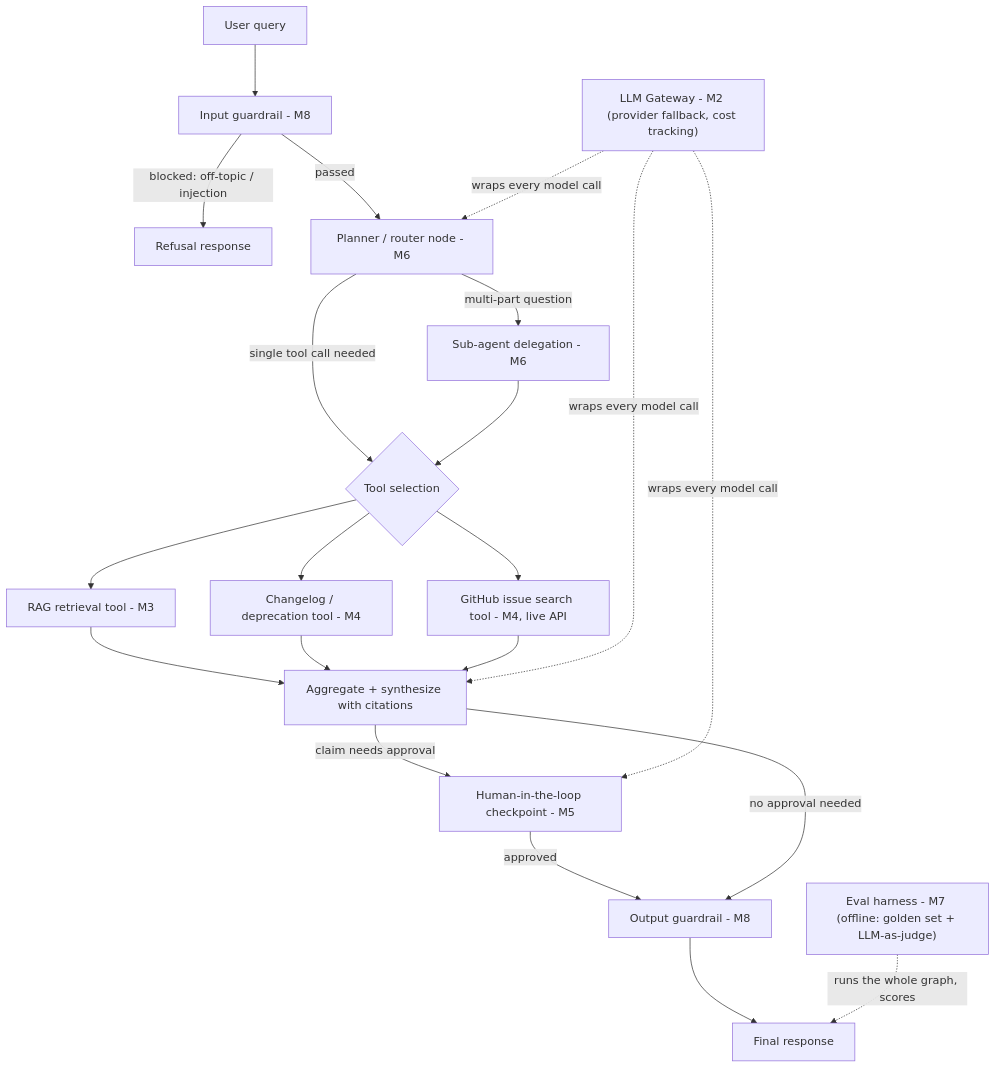
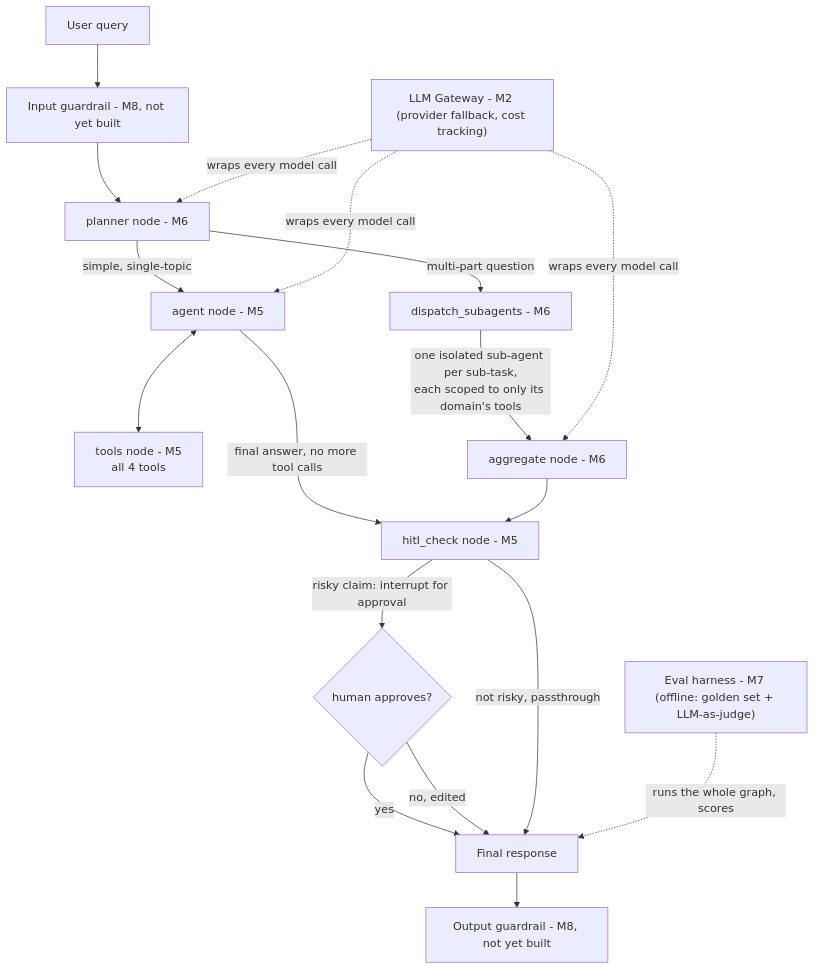
Before and after one commit to Bhogeshwarj/fastapi-support-agent-: the diagram in ARCHITECTURE.md, drawn with Mermaid. The commit also changed other lines of this file, not shown here.

Commit message:
Update architecture diagram to match real M5/M6 shape, document gateway coverage gap for sub-agents

````diff
--- a/ARCHITECTURE.md
+++ b/ARCHITECTURE.md
@@ -5,31 +7,29 @@
 ```mermaid
 flowchart TD
-    U[User query] --> IG[Input guardrail - M8]
-    IG -->|blocked: off-topic / injection| REJ[Refusal response]
-    IG -->|passed| P[Planner / router node - M6]
+    U[User query] --> IG[Input guardrail - M8, not yet built]
+    IG --> PL[planner node - M6]
 
-    P -->|single tool call needed| T{Tool selection}
-    P -->|multi-part question| SA[Sub-agent delegation - M6]
-    SA --> T
+    PL -->|simple, single-topic| AG[agent node - M5]
+    PL -->|multi-part question| DS[dispatch_subagents - M6]
 
-    T --> RAG[RAG retrieval tool - M3]
-    T --> CL[Changelog / deprecation tool - M4]
-    T --> IS[GitHub issue search tool - M4, live API]
+    AG <--> TN[tools node - M5\nall 4 tools]
+    AG -->|final answer, no more tool calls| HITL
 
-    RAG --> AGG[Aggregate + synthesize with citations]
-    CL --> AGG
-    IS --> AGG
+    DS -->|one isolated sub-agent per sub-task,\neach scoped to only its domain's tools| AGGR[aggregate node - M6]
+    AGGR --> HITL[hitl_check node - M5]
 
-    AGG -->|claim needs approval| HITL[Human-in-the-loop checkpoint - M5]
-    HITL -->|approved| OG
-    AGG -->|no approval needed| OG[Output guardrail - M8]
-    OG --> RESP[Final response]
+    HITL -->|risky claim: interrupt for approval| APPR{human approves?}
+    APPR -->|yes| RESP[Final response]
+    APPR -->|no, edited| RESP
+    HITL -->|not risky, passthrough| RESP
+
+    RESP --> OG[Output guardrail - M8, not yet built]
 
     GW["LLM Gateway - M2 (provider fallback, cost tracking)"]
-    GW -. wraps every model call .-> P
-    GW -. wraps every model call .-> AGG
-    GW -. wraps every model call .-> HITL
+    GW -. wraps every model call .-> PL
+    GW -. wraps every model call .-> AG
+    GW -. wraps every model call .-> AGGR
 
     EVAL["Eval harness - M7 (offline: golden set + LLM-as-judge)"]
     EVAL -. runs the whole graph, scores .-> RESP
 ```
````
